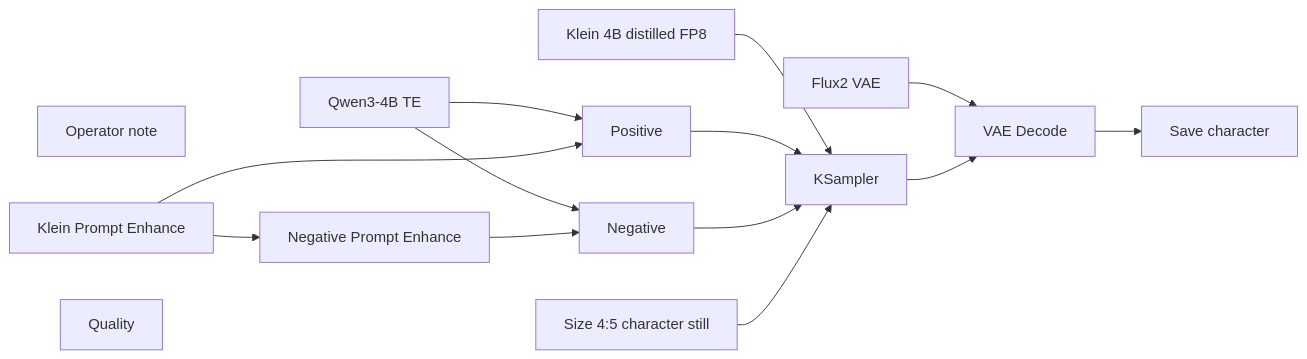
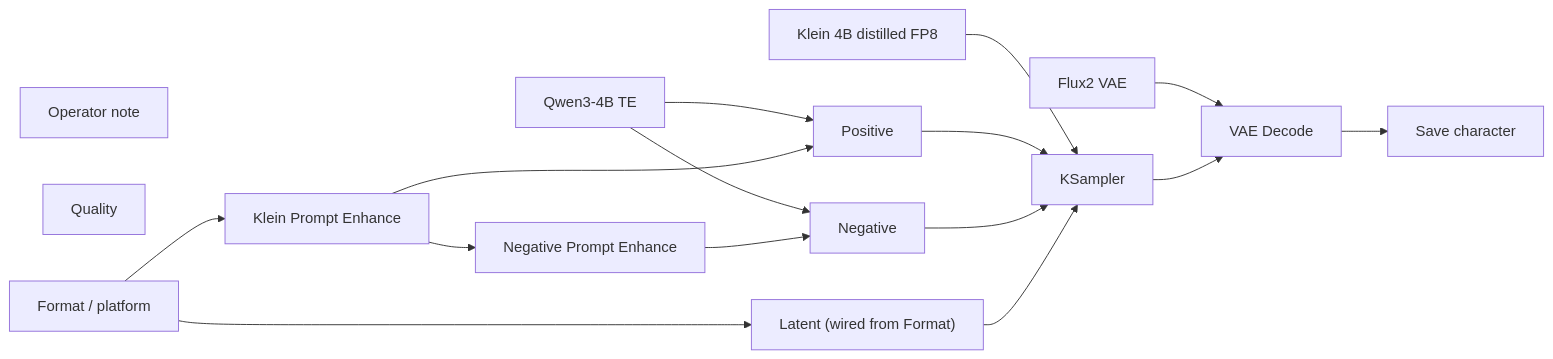
The diagram in docs/generated/workflows/klein/character-draft.md (toxicoder/ez-comfy-stack), drawn with Mermaid before and after one commit. The commit also changed other lines of this file and 312 other files, not shown here.

First line of the commit message:
feat: Format / platform on Klein, Wan, and LTX Apps

````diff
--- a/docs/generated/workflows/klein/character-draft.md
+++ b/docs/generated/workflows/klein/character-draft.md
@@ -50,28 +52,31 @@
 ```mermaid
 flowchart LR
   N1["Klein 4B distilled FP8"]
   N2["Qwen3-4B TE"]
   N3["Flux2 VAE"]
   N4["Positive"]
   N5["Negative"]
-  N6["Size 4:5 character still"]
+  N6["Latent (wired from Format)"]
   N7["KSampler"]
   N8["VAE Decode"]
   N9["Save character"]
   N10["Operator note"]
   N11["Klein Prompt Enhance"]
   N12["Negative Prompt Enhance"]
   N13["Quality"]
+  N14["Format / platform"]
   N1 --> N7
   N2 --> N4
   N2 --> N5
   N3 --> N8
   N4 --> N7
   N5 --> N7
   N6 --> N7
   N7 --> N8
   N8 --> N9
   N11 --> N4
   N11 --> N12
   N12 --> N5
+  N14 --> N6
+  N14 --> N11
 ```
````
